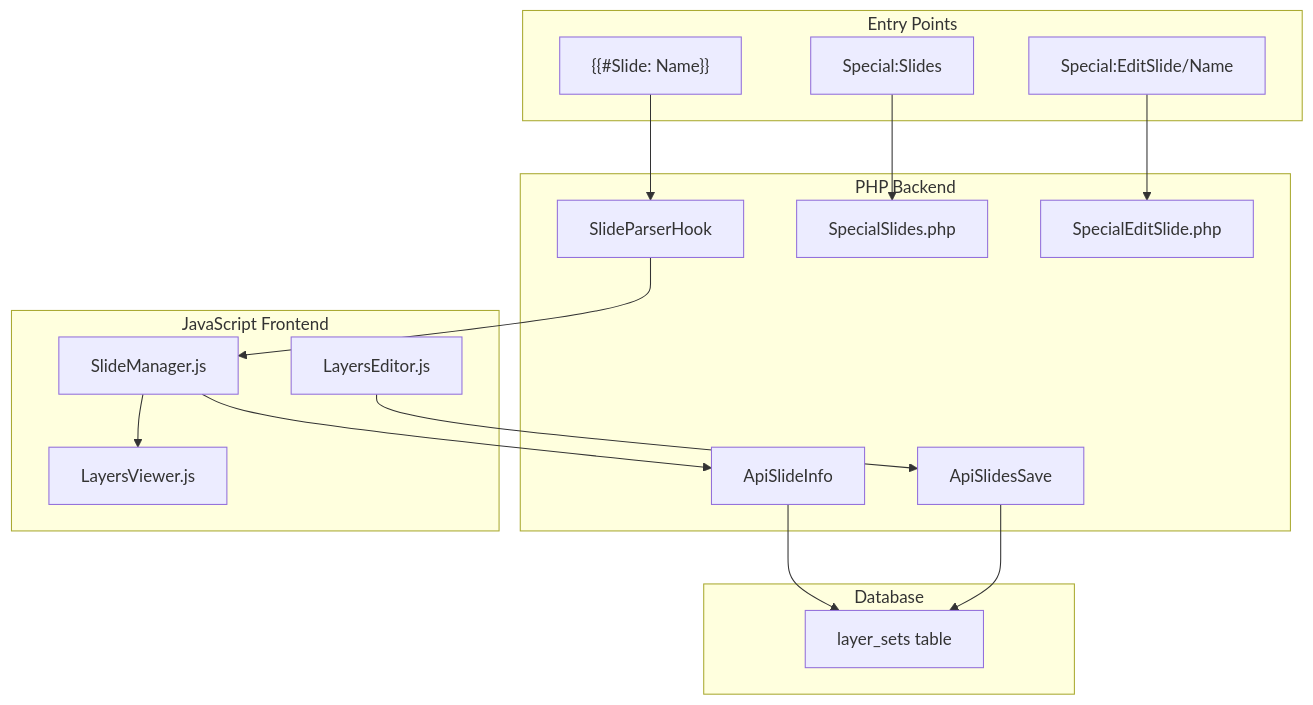
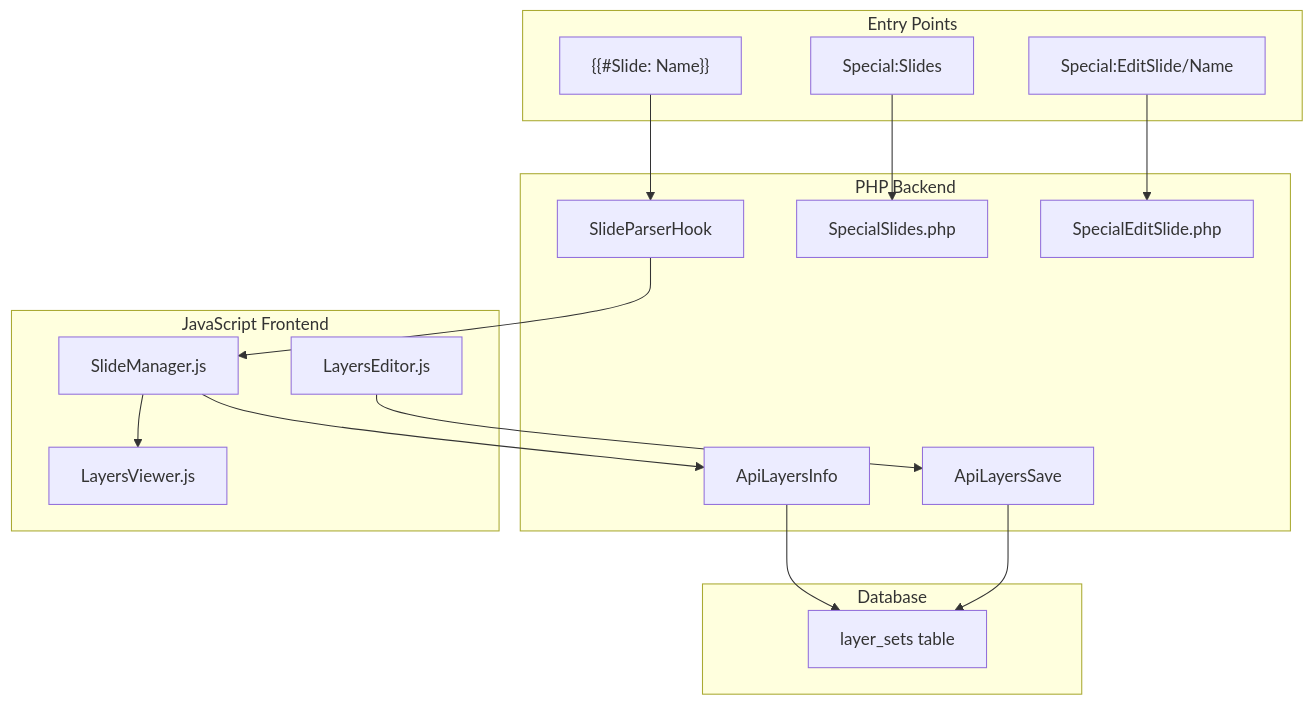
One commit to slickdexic/Layers changed the tenth of 10 diagrams in docs/ARCHITECTURE.md. Above: the diagram before and after it, drawn with Mermaid. The commit also changed other lines of this file and 5 other files, not shown here.

````diff
--- a/docs/ARCHITECTURE.md
+++ b/docs/ARCHITECTURE.md
@@ -1220,38 +1219,38 @@
 ```mermaid
 graph TB
     subgraph Entry["Entry Points"]
         parser["{{#Slide: Name}}"]
         special["Special:Slides"]
         direct["Special:EditSlide/Name"]
     end
     
     subgraph PHP["PHP Backend"]
         hook["SlideParserHook"]
         specialSlides["SpecialSlides.php"]
         specialEdit["SpecialEditSlide.php"]
-        apiInfo["ApiSlideInfo"]
-        apiSave["ApiSlidesSave"]
+        apiInfo["ApiLayersInfo"]
+        apiSave["ApiLayersSave"]
     end
     
     subgraph JS["JavaScript Frontend"]
         slideManager["SlideManager.js"]
         viewer["LayersViewer.js"]
         editor["LayersEditor.js"]
     end
     
     subgraph Storage["Database"]
         layerSets["layer_sets table"]
     end
     
     parser --> hook
     hook --> slideManager
     special --> specialSlides
     direct --> specialEdit
     
     slideManager --> viewer
     slideManager --> apiInfo
     editor --> apiSave
     
     apiInfo --> layerSets
     apiSave --> layerSets
 ```
````
